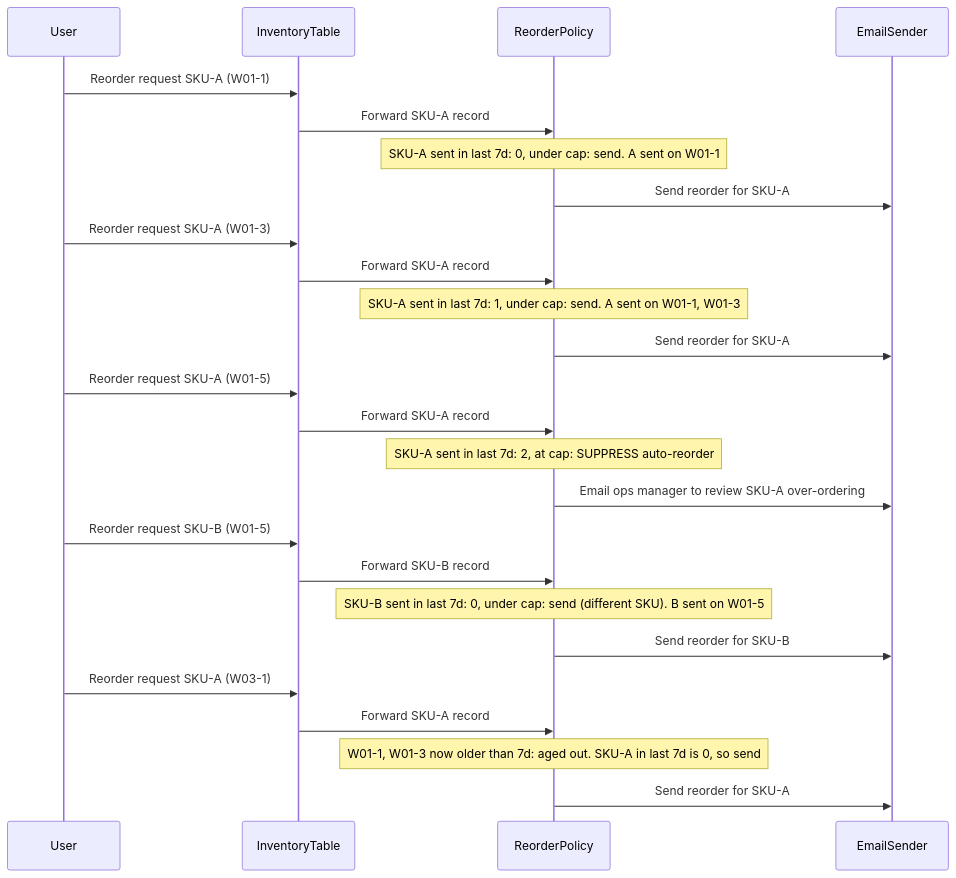
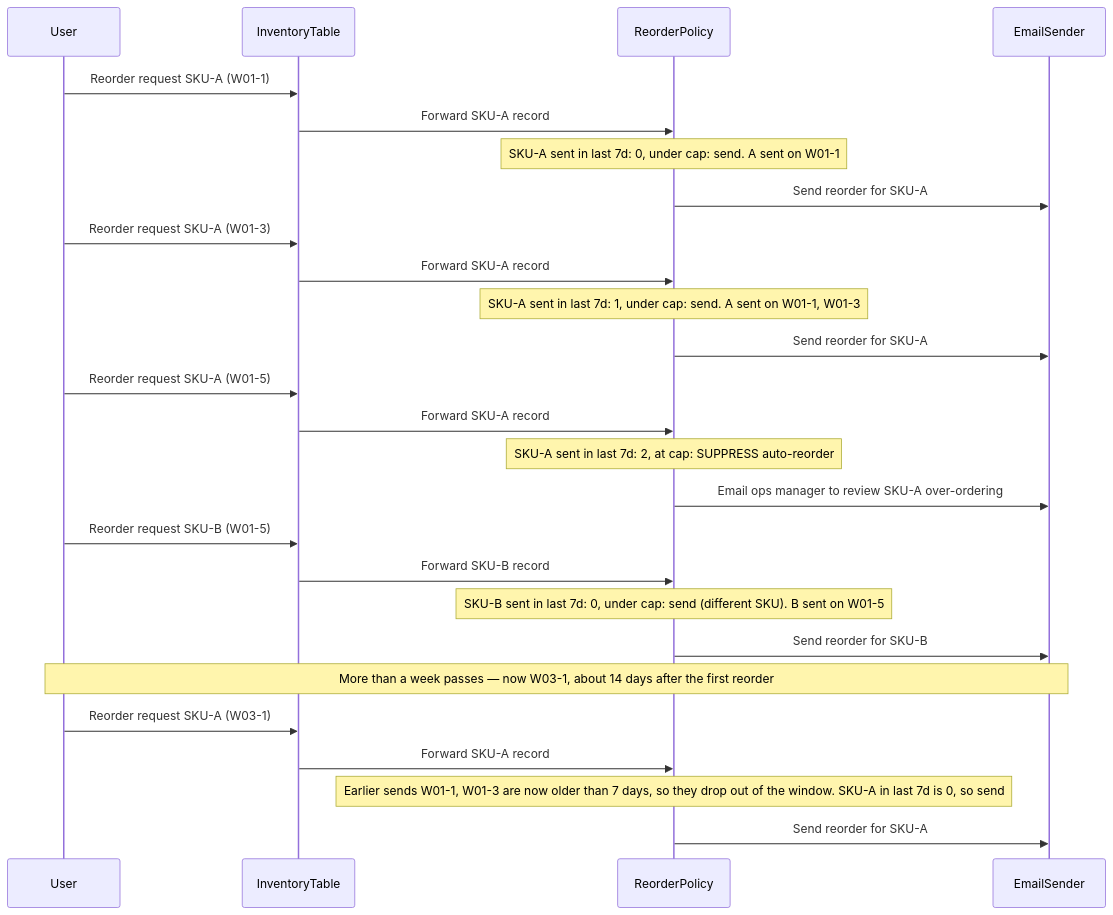
The third of 3 diagrams in examples/inventory.md (asafam/programmable-online-llm-objects), drawn with Mermaid before and after one commit.

Commit message:
examples: clarify the week gap before the inventory window reset
Add an explicit time-passing note before the W03-1 request so it is
clear more than 7 days elapsed and the earlier reorders age out of the
rolling window.

````diff
--- a/examples/inventory.md
+++ b/examples/inventory.md
@@ -78,32 +78,34 @@
 ```mermaid
 sequenceDiagram
   participant User
   participant InventoryTable
   participant ReorderPolicy
   participant EmailSender
 
   User->>InventoryTable: Reorder request SKU-A (W01-1)
   InventoryTable->>ReorderPolicy: Forward SKU-A record
   Note over ReorderPolicy: SKU-A sent in last 7d: 0, under cap: send. A sent on W01-1
   ReorderPolicy->>EmailSender: Send reorder for SKU-A
 
   User->>InventoryTable: Reorder request SKU-A (W01-3)
   InventoryTable->>ReorderPolicy: Forward SKU-A record
   Note over ReorderPolicy: SKU-A sent in last 7d: 1, under cap: send. A sent on W01-1, W01-3
   ReorderPolicy->>EmailSender: Send reorder for SKU-A
 
   User->>InventoryTable: Reorder request SKU-A (W01-5)
   InventoryTable->>ReorderPolicy: Forward SKU-A record
   Note over ReorderPolicy: SKU-A sent in last 7d: 2, at cap: SUPPRESS auto-reorder
   ReorderPolicy->>EmailSender: Email ops manager to review SKU-A over-ordering
 
   User->>InventoryTable: Reorder request SKU-B (W01-5)
   InventoryTable->>ReorderPolicy: Forward SKU-B record
   Note over ReorderPolicy: SKU-B sent in last 7d: 0, under cap: send (different SKU). B sent on W01-5
   ReorderPolicy->>EmailSender: Send reorder for SKU-B
 
+  Note over User,EmailSender: More than a week passes — now W03-1, about 14 days after the first reorder
+
   User->>InventoryTable: Reorder request SKU-A (W03-1)
   InventoryTable->>ReorderPolicy: Forward SKU-A record
-  Note over ReorderPolicy: W01-1, W01-3 now older than 7d: aged out. SKU-A in last 7d is 0, so send
+  Note over ReorderPolicy: Earlier sends W01-1, W01-3 are now older than 7 days, so they drop out of the window. SKU-A in last 7d is 0, so send
   ReorderPolicy->>EmailSender: Send reorder for SKU-A
 ```
````
